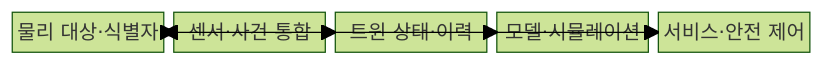
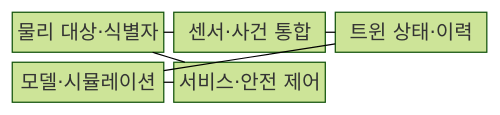
The first of 2 diagrams in src/content/docs/notes/08-latest-tech/200_digital_twin.md (agnusdei1207/knowledge-base), drawn with Mermaid (forest theme) before and after one commit. The commit also changed other lines of this file and 53 other files, not shown here.

````diff
--- a/src/content/docs/notes/08-latest-tech/200_digital_twin.md
+++ b/src/content/docs/notes/08-latest-tech/200_digital_twin.md
@@ -50,14 +50,14 @@
 ```mermaid
 block-beta
-  columns 5
+  columns 3
   A["물리 대상·식별자"]
   B["센서·사건 통합"]
   C["트윈 상태·이력"]
   D["모델·시뮬레이션"]
   E["서비스·안전 제어"]
-  A --> B
-  B --> C
-  C --> D
-  D --> E
-  E --> A
+  A --- B
+  B --- C
+  C --- D
+  D --- E
+  E --- A
 ```
````
